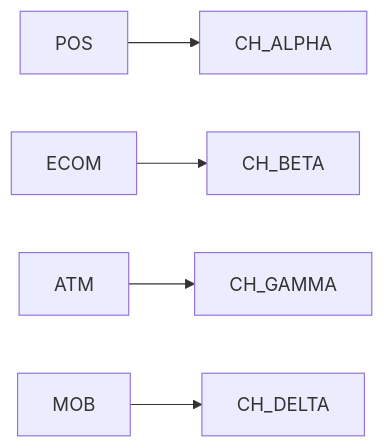
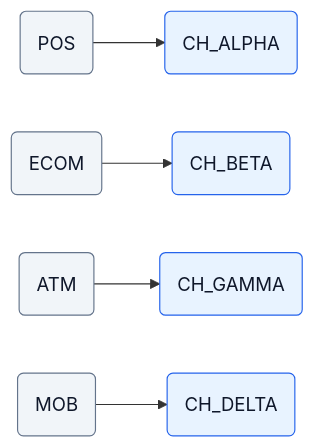
One commit to kkirko/PII-Masking-Service changed the fourth of 6 diagrams in README.ru.md. Above: the diagram before and after it, drawn with Mermaid. The commit also changed other lines of this file and 2 other files, not shown here.

Commit message:
Docs: fix GitHub Mermaid/LaTeX rendering and polish visuals

````diff
--- a/README.ru.md
+++ b/README.ru.md
@@ -164,7 +173,10 @@
 ```mermaid
 flowchart LR
-  POS["POS"] --> CHA["CH_ALPHA"]
-  ECOM["ECOM"] --> CHB["CH_BETA"]
-  ATM["ATM"] --> CHG["CH_GAMMA"]
-  MOB["MOB"] --> CHD["CH_DELTA"]
+  classDef src fill:#f1f5f9,stroke:#64748b,stroke-width:1px,color:#0f172a;
+  classDef dst fill:#e8f3ff,stroke:#2563eb,stroke-width:1px,color:#0f172a;
+
+  POS("POS"):::src --> CHA("CH_ALPHA"):::dst
+  ECOM("ECOM"):::src --> CHB("CH_BETA"):::dst
+  ATM("ATM"):::src --> CHG("CH_GAMMA"):::dst
+  MOB("MOB"):::src --> CHD("CH_DELTA"):::dst
 ```
````
